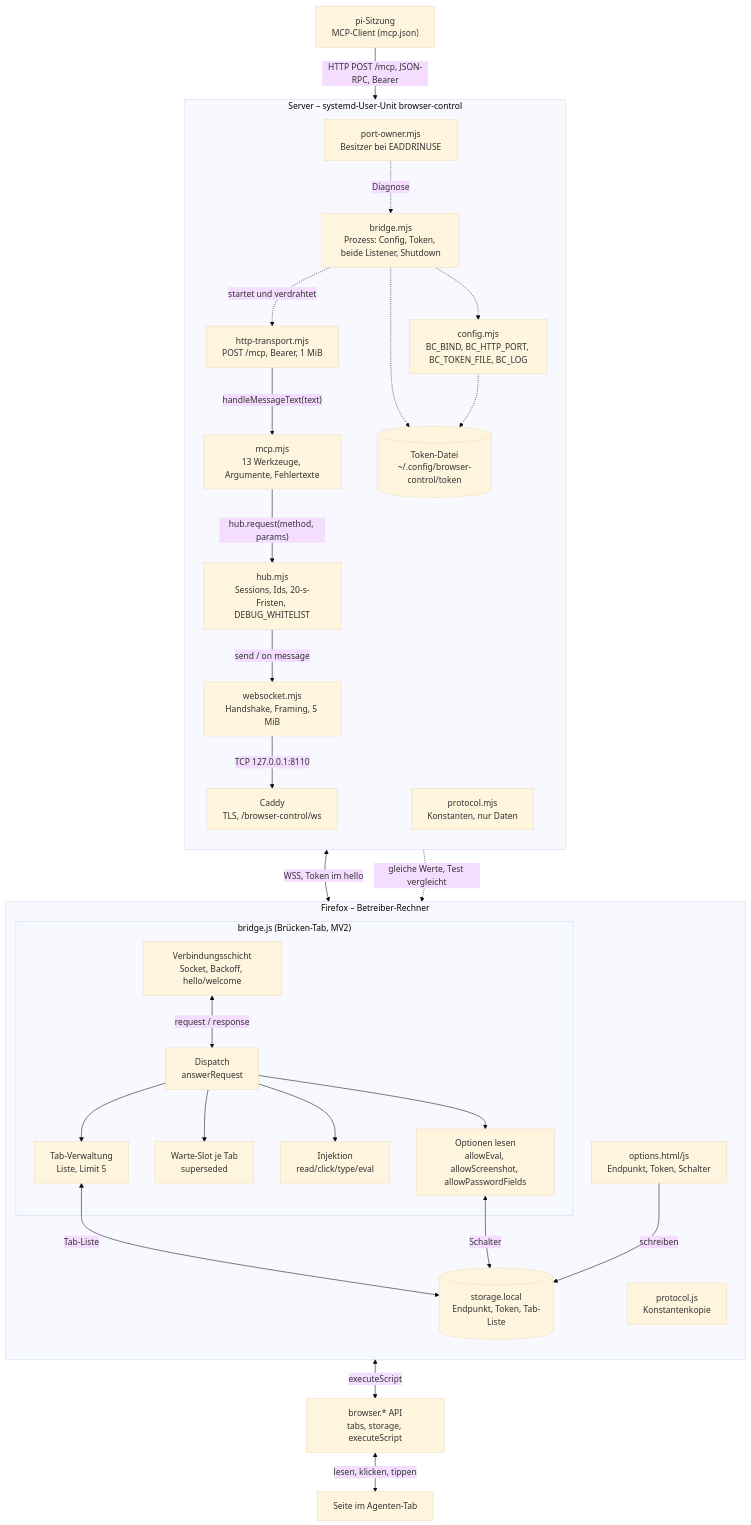
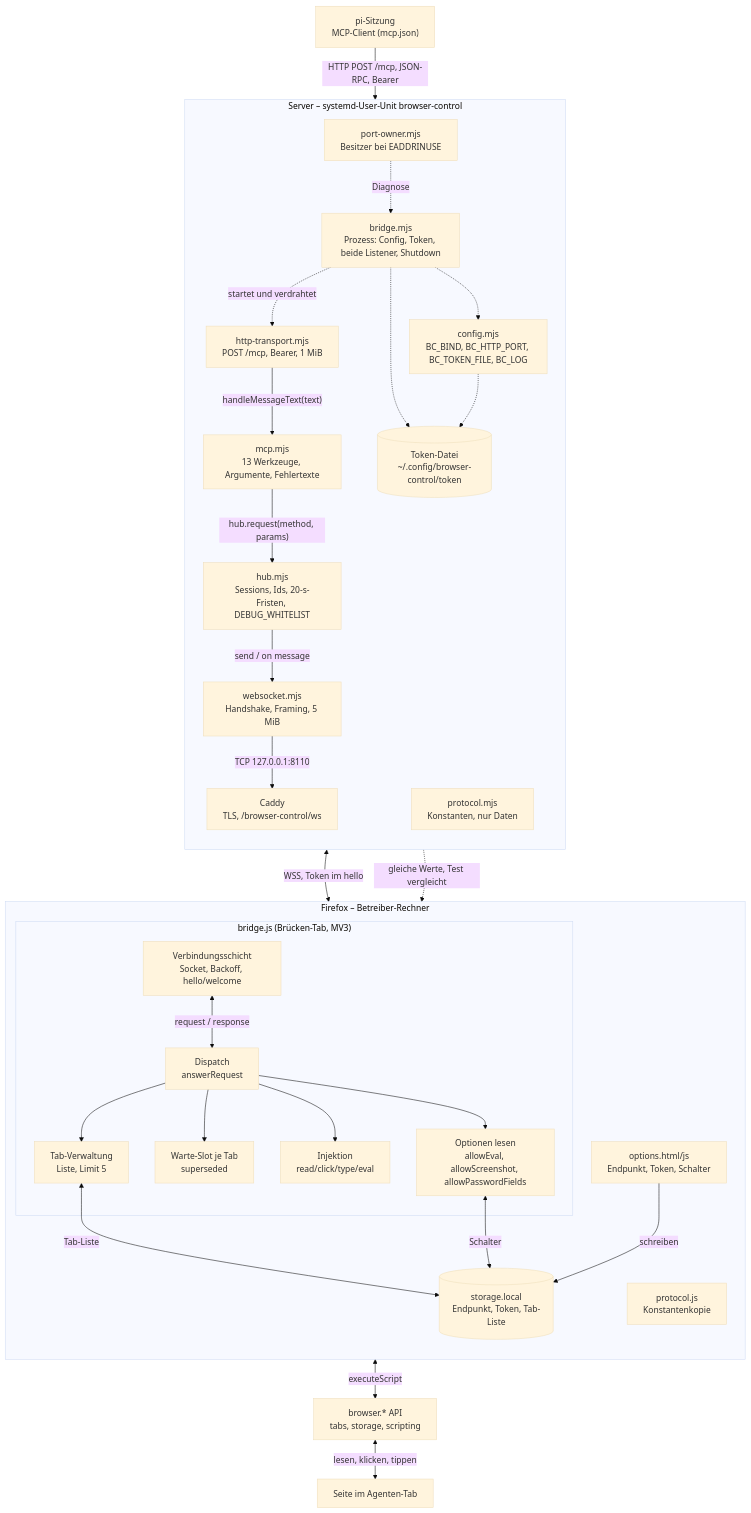
Before and after one commit to adrianhoehne/browser-control-mv3: the first of 3 diagrams in docs/PROJECT-STATE.md, drawn with Mermaid (base theme). The commit also changed other lines of this file and 9 other files, not shown here.

````diff
--- a/docs/PROJECT-STATE.md
+++ b/docs/PROJECT-STATE.md
@@ -526,59 +559,59 @@
 ```mermaid
 flowchart TB
     PI["pi-Sitzung<br/>MCP-Client (mcp.json)"]
 
     subgraph BD["Server – systemd-User-Unit browser-control"]
         direction TB
         BR["bridge.mjs<br/>Prozess: Config, Token, beide Listener, Shutdown"]
         CFG["config.mjs<br/>BC_BIND, BC_HTTP_PORT, BC_TOKEN_FILE, BC_LOG"]
         TOK[("Token-Datei<br/>~/.config/browser-control/token")]
         HTTPE["http-transport.mjs<br/>POST /mcp, Bearer, 1 MiB"]
         TOOL["mcp.mjs<br/>13 Werkzeuge, Argumente, Fehlertexte"]
         HUB["hub.mjs<br/>Sessions, Ids, 20-s-Fristen, DEBUG_WHITELIST"]
         WS["websocket.mjs<br/>Handshake, Framing, 5 MiB"]
         PO["port-owner.mjs<br/>Besitzer bei EADDRINUSE"]
         PROTM["protocol.mjs<br/>Konstanten, nur Daten"]
         CAD["Caddy<br/>TLS, /browser-control/ws"]
     end
 
     subgraph FF["Firefox – Betreiber-Rechner"]
         direction TB
-        subgraph BGI["bridge.js (Brücken-Tab, MV2)"]
+        subgraph BGI["bridge.js (Brücken-Tab, MV3)"]
             CONN["Verbindungsschicht<br/>Socket, Backoff, hello/welcome"]
             DISP["Dispatch<br/>answerRequest"]
             TABV["Tab-Verwaltung<br/>Liste, Limit 5"]
             SLOT["Warte-Slot je Tab<br/>superseded"]
             INJ["Injektion<br/>read/click/type/eval"]
             OPTRD["Optionen lesen<br/>allowEval, allowScreenshot, allowPasswordFields"]
         end
         OPTS["options.html/js<br/>Endpunkt, Token, Schalter"]
         PROTJ["protocol.js<br/>Konstantenkopie"]
         STORE[("storage.local<br/>Endpunkt, Token, Tab-Liste")]
     end
 
-    APIS["browser.* API<br/>tabs, storage, executeScript"]
+    APIS["browser.* API<br/>tabs, storage, scripting"]
     PAGE["Seite im Agenten-Tab"]
 
     PI -->|"HTTP POST /mcp, JSON-RPC, Bearer"| HTTPE
     HTTPE -->|"handleMessageText(text)"| TOOL
     TOOL -->|"hub.request(method, params)"| HUB
     HUB -->|"send / on message"| WS
     WS -->|"TCP 127.0.0.1:8110"| CAD
     CAD <-->|"WSS, Token im hello"| CONN
     CONN <-->|"request / response"| DISP
     DISP --> TABV
     DISP --> SLOT
     DISP --> INJ
     DISP --> OPTRD
     TABV <-->|"Tab-Liste"| STORE
     OPTRD <-->|"Schalter"| STORE
     OPTS -->|"schreiben"| STORE
     INJ <-->|"executeScript"| APIS
     APIS <-->|"lesen, klicken, tippen"| PAGE
     BR -.->|"startet und verdrahtet"| HTTPE
     BR -.-> CFG
     BR -.-> TOK
     CFG -.-> TOK
     PO -.->|"Diagnose"| BR
     PROTM -.->|"gleiche Werte, Test vergleicht"| PROTJ
 ```
````
